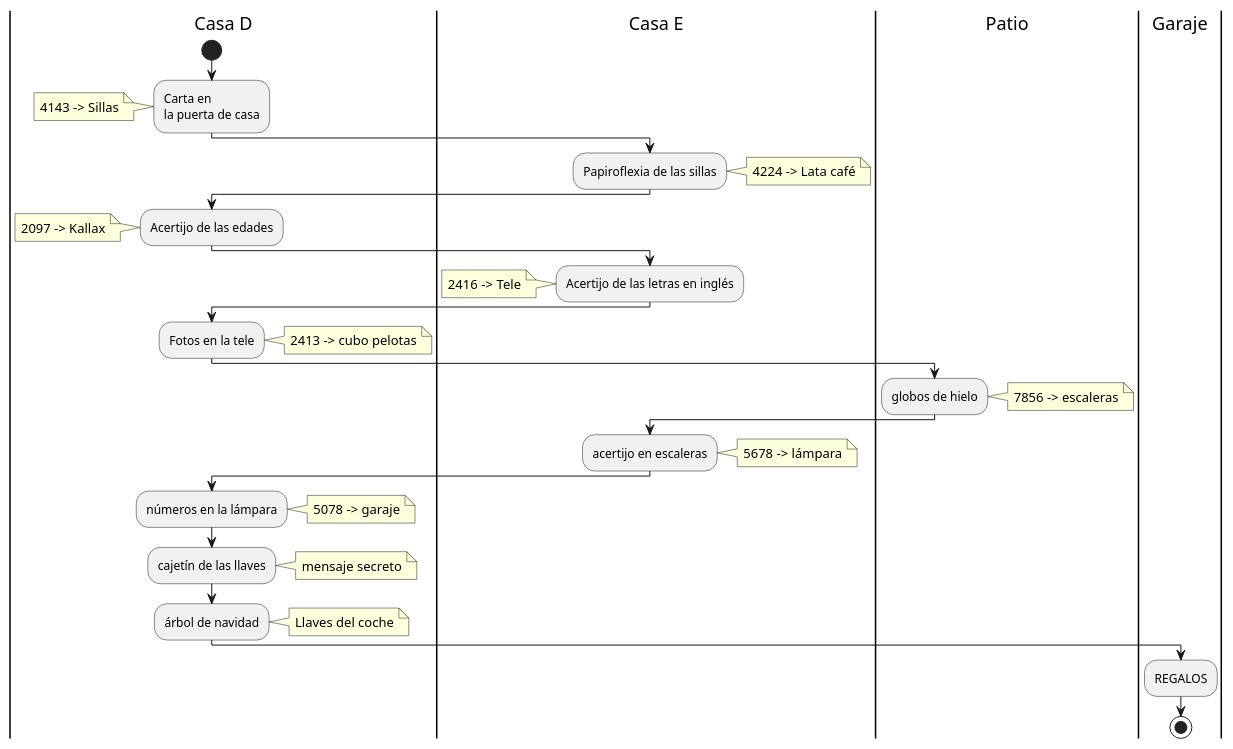
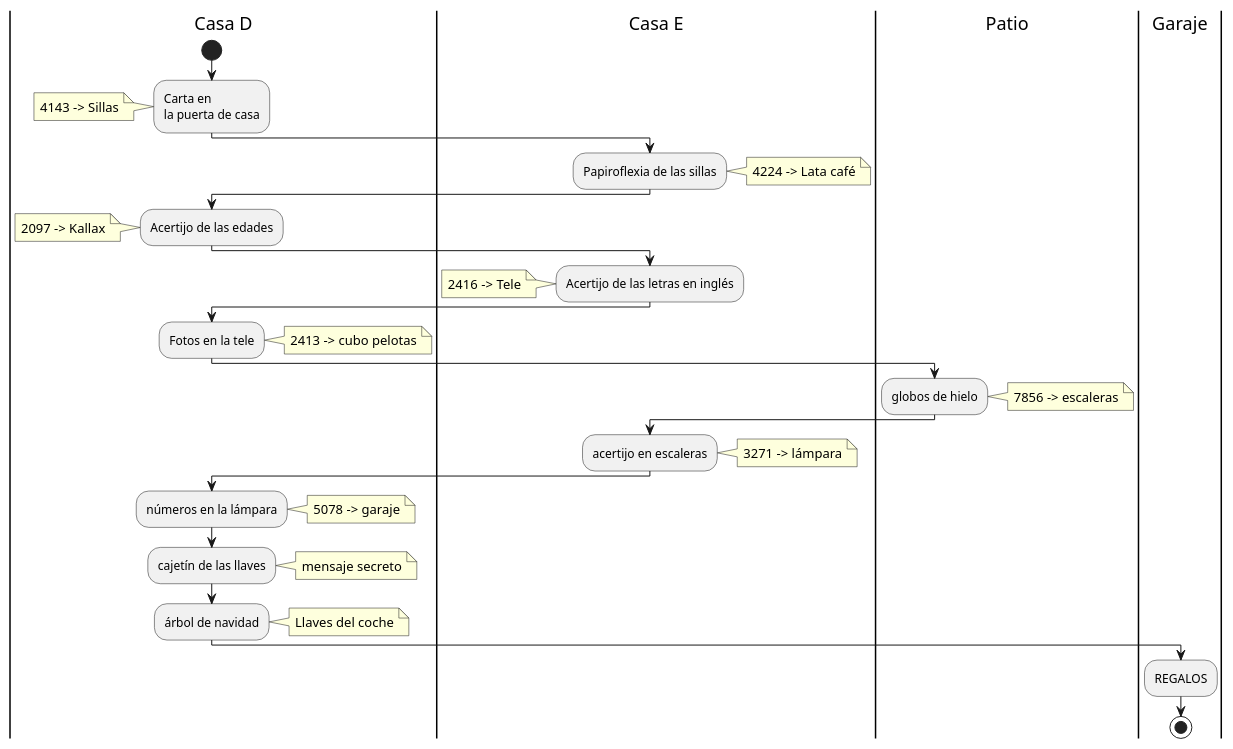
Before and after one commit to hombrenieve/hombrenieve.github.io: the diagram in santaclausiscoming/mapa.puml, drawn with PlantUML. The commit also changed 1 other file, not shown here.

```diff
--- a/santaclausiscoming/mapa.puml
+++ b/santaclausiscoming/mapa.puml
@@ -1,34 +1,34 @@
 @startuml
 |Casa D|
 start
 :Carta en\nla puerta de casa;
 note left: 4143 -> Sillas
 |Casa E|
 :Papiroflexia de las sillas;
 note right: 4224 -> Lata café
 |Casa D|
 :Acertijo de las edades;
 note left: 2097 -> Kallax
 |Casa E|
 :Acertijo de las letras en inglés;
 note left: 2416 -> Tele
 |Casa D|
 :Fotos en la tele;
 note right: 2413 -> cubo pelotas
 |Patio|
 :globos de hielo;
 note right: 7856 -> escaleras
 |Casa E|
 :acertijo en escaleras;
-note right: 5678 -> lámpara
+note right: 3271 -> lámpara
 |Casa D|
 :números en la lámpara;
 note right: 5078 -> garaje
 :cajetín de las llaves;
 note right: mensaje secreto
 :árbol de navidad;
 note right: Llaves del coche
 |Garaje|
 :REGALOS;
 stop
 @enduml
```
